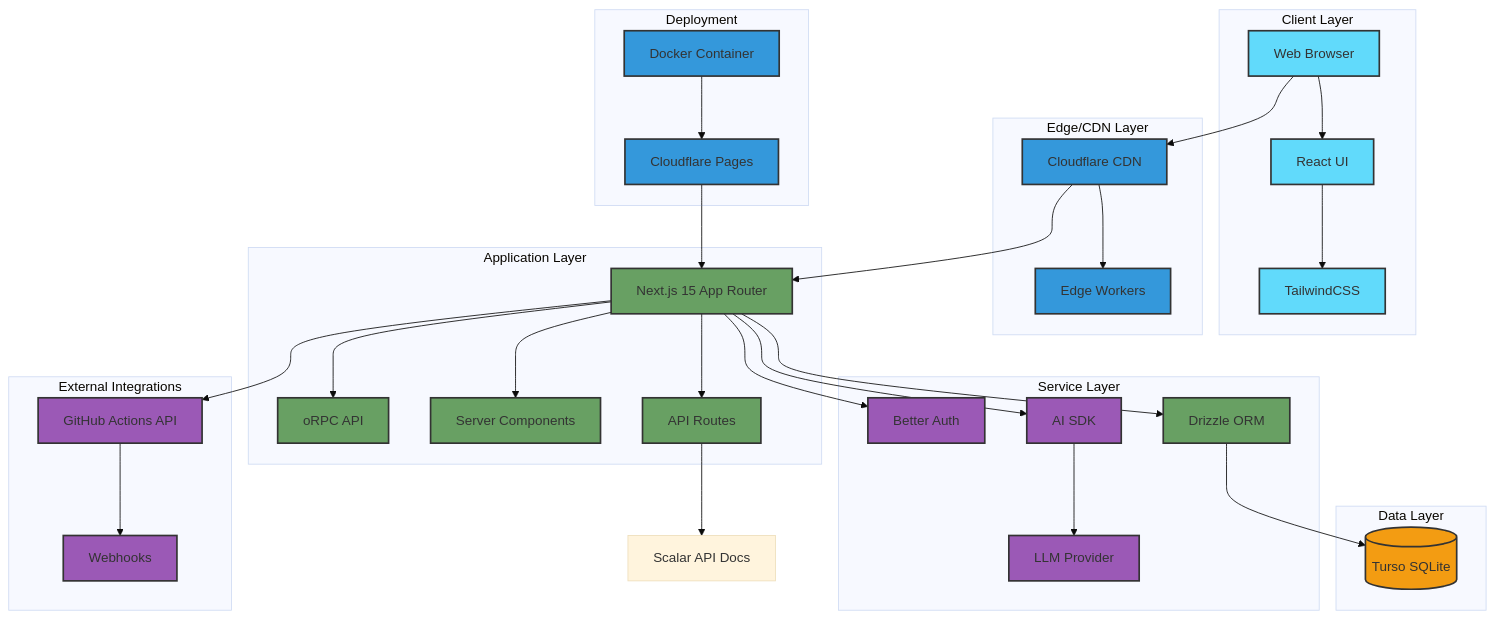
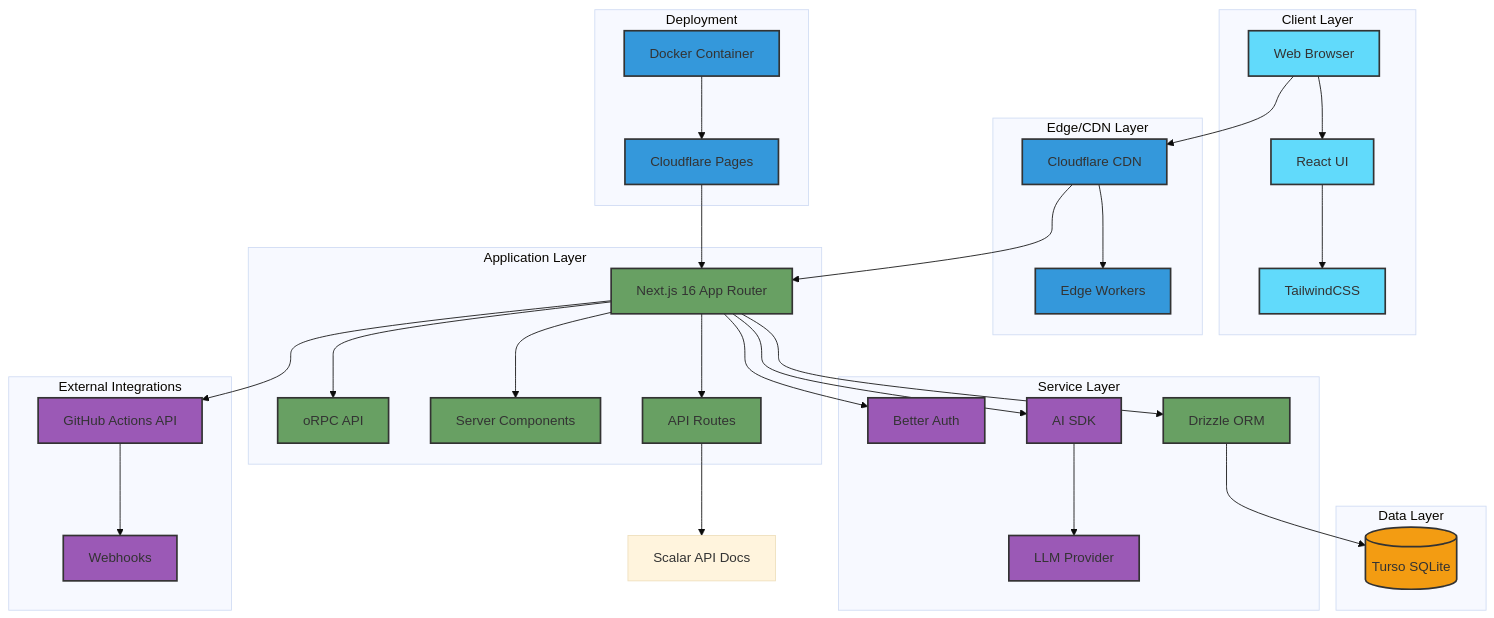
Before and after one commit to romradchenko/automaspec: the second of 3 diagrams in docs_requirments/BA-Requirements.md, drawn with Mermaid (base theme). The commit also changed other lines of this file and 26 other files, not shown here.

````diff
--- a/docs_requirments/BA-Requirements.md
+++ b/docs_requirments/BA-Requirements.md
@@ -319,72 +319,72 @@
 ```mermaid
 graph TB
     subgraph "Client Layer"
         A[Web Browser]
         A1[React UI]
         A2[TailwindCSS]
         A --> A1
         A1 --> A2
     end
     
     subgraph "Edge/CDN Layer"
         B[Cloudflare CDN]
         B1[Edge Workers]
         B --> B1
     end
     
     subgraph "Application Layer"
-        C[Next.js 15 App Router]
+        C[Next.js 16 App Router]
         C1[oRPC API]
         C2[Server Components]
         C3[API Routes]
         C --> C1
         C --> C2
         C --> C3
     end
     
     subgraph "Service Layer"
         D[Better Auth]
         E[AI SDK]
         E1[LLM Provider]
         F[Drizzle ORM]
         E --> E1
     end
     
     subgraph "Data Layer"
         G[(Turso SQLite)]
     end
     
     subgraph "External Integrations"
         H[GitHub Actions API]
         H1[Webhooks]
         H --> H1
     end
     
     subgraph "Deployment"
         I[Docker Container]
         I1[Cloudflare Pages]
         I --> I1
     end
     
     A --> B
     B --> C
     C --> D
     C --> E
     C --> F
     F --> G
     C --> H
     C3 --> Scalar[Scalar API Docs]
     I1 --> C
     
     classDef frontend fill:#61dafb,stroke:#333,stroke-width:2px
     classDef backend fill:#68a063,stroke:#333,stroke-width:2px
     classDef database fill:#f39c12,stroke:#333,stroke-width:2px
     classDef external fill:#9b59b6,stroke:#333,stroke-width:2px
     classDef deployment fill:#3498db,stroke:#333,stroke-width:2px
     
     class A,A1,A2 frontend
     class C,C1,C2,C3,F backend
     class G database
     class D,E,E1,H,H1 external
     class B,B1,I,I1 deployment
 ```
````
